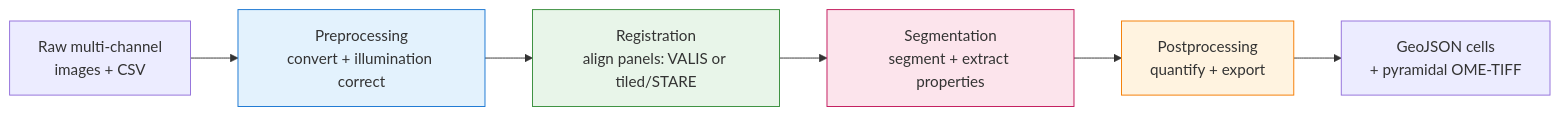
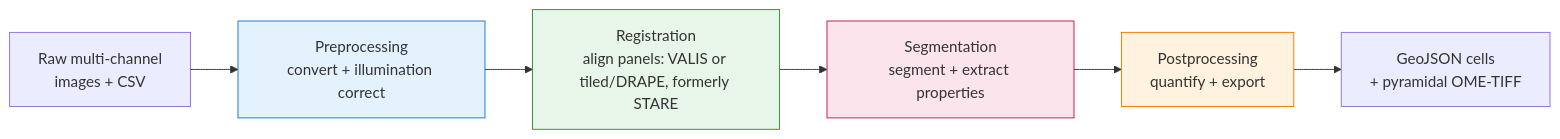
One commit to sceriff0/mirage changed the diagram in docs/usage.md. Above: the diagram before and after it, drawn with Mermaid. The commit also changed other lines of this file and 189 other files, not shown here.

First line of the commit message:
:truck: Rename STARE to DRAPE: packages/drape, the drape package and CLI, RegPresets.DRAPE

````diff
--- a/docs/usage.md
+++ b/docs/usage.md
@@ -16,12 +16,12 @@
 ```mermaid
 flowchart LR
     A[Raw multi-channel<br/>images + CSV] --> B[Preprocessing<br/>convert + illumination correct]
-    B --> C[Registration<br/>align panels: VALIS or tiled/STARE]
+    B --> C[Registration<br/>align panels: VALIS or tiled/DRAPE, formerly STARE]
     C --> D[Segmentation<br/>segment + extract properties]
     D --> E[Postprocessing<br/>quantify + export]
     E --> F[GeoJSON cells<br/>+ pyramidal OME-TIFF]
     style B fill:#e3f2fd,stroke:#1976d2
     style C fill:#e8f5e9,stroke:#388e3c
     style D fill:#fce4ec,stroke:#c2185b
     style E fill:#fff3e0,stroke:#f57c00
 ```
````
